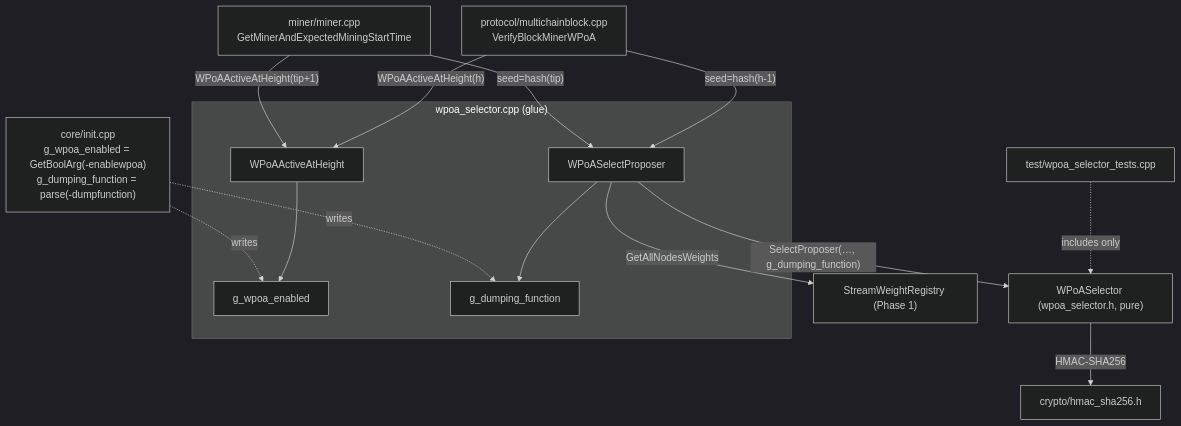
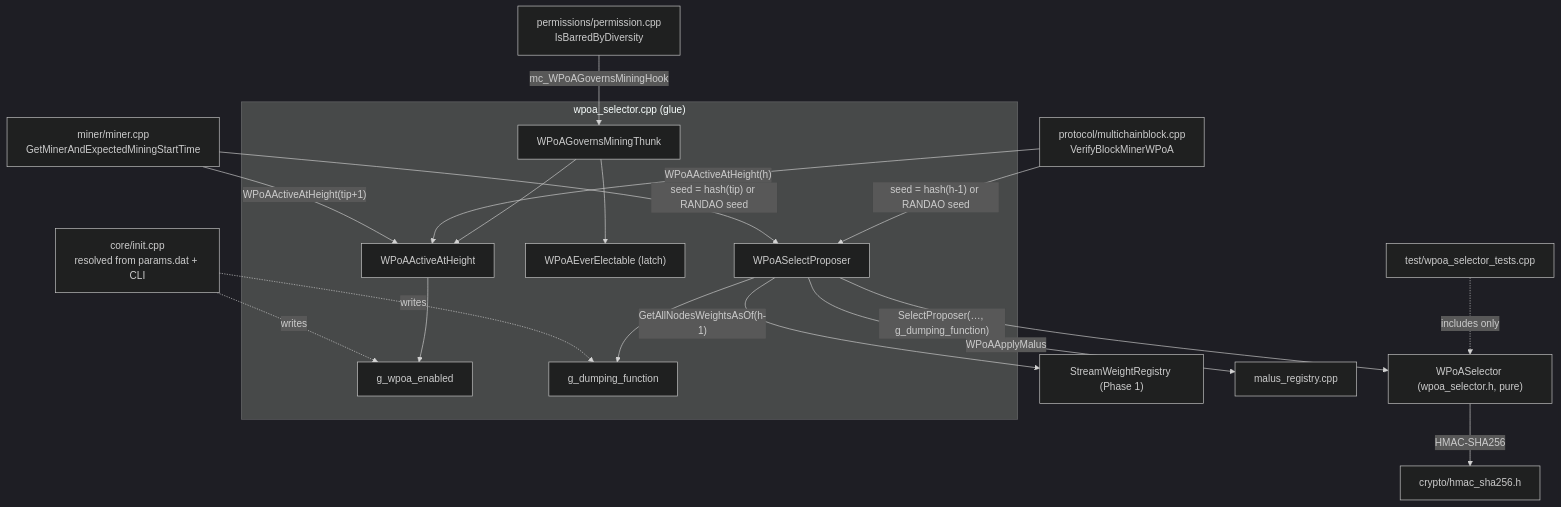
The diagram in docs/wpoa-selector.md (FeMattu/multichain), drawn with Mermaid (dark theme) before and after one commit. The commit also changed other lines of this file and 44 other files, not shown here.

````diff
--- a/docs/wpoa-selector.md
+++ b/docs/wpoa-selector.md
@@ -439,21 +549,25 @@
 ```mermaid
 flowchart TD
-    INIT["core/init.cpp<br/>g_wpoa_enabled = GetBoolArg(-enablewpoa)<br/>g_dumping_function = parse(-dumpfunction)"] -.writes.-> FLAG["g_wpoa_enabled"]
+    INIT["core/init.cpp<br/>resolved from params.dat + CLI"] -.writes.-> FLAG["g_wpoa_enabled"]
     INIT -.writes.-> DUMP["g_dumping_function"]
+    PERM["permissions/permission.cpp<br/>IsBarredByDiversity"] -->|"mc_WPoAGovernsMiningHook"| HOOK
 
     MINER["miner/miner.cpp<br/>GetMinerAndExpectedMiningStartTime"] -->|"WPoAActiveAtHeight(tip+1)"| GATE
     VALID["protocol/multichainblock.cpp<br/>VerifyBlockMinerWPoA"] -->|"WPoAActiveAtHeight(h)"| GATE
 
     subgraph selc ["wpoa_selector.cpp (glue)"]
         GATE["WPoAActiveAtHeight"] --> FLAG
+        HOOK["WPoAGovernsMiningThunk"] --> GATE
+        HOOK --> LATCH["WPoAEverElectable (latch)"]
         WRAP["WPoASelectProposer"] --> DUMP
     end
-    MINER -->|"seed=hash(tip)"| WRAP
-    VALID -->|"seed=hash(h-1)"| WRAP
+    MINER -->|"seed = hash(tip) or RANDAO seed"| WRAP
+    VALID -->|"seed = hash(h-1) or RANDAO seed"| WRAP
 
-    WRAP -->|"GetAllNodesWeights"| REG["StreamWeightRegistry (Phase 1)"]
+    WRAP -->|"GetAllNodesWeightsAsOf(h-1)"| REG["StreamWeightRegistry (Phase 1)"]
+    WRAP -->|"WPoAApplyMalus"| MAL["malus_registry.cpp"]
     WRAP -->|"SelectProposer(…, g_dumping_function)"| CORE["WPoASelector (wpoa_selector.h, pure)"]
     CORE -->|"HMAC-SHA256"| HMAC["crypto/hmac_sha256.h"]
 
     TEST["test/wpoa_selector_tests.cpp"] -.includes only.-> CORE
 ```
````
